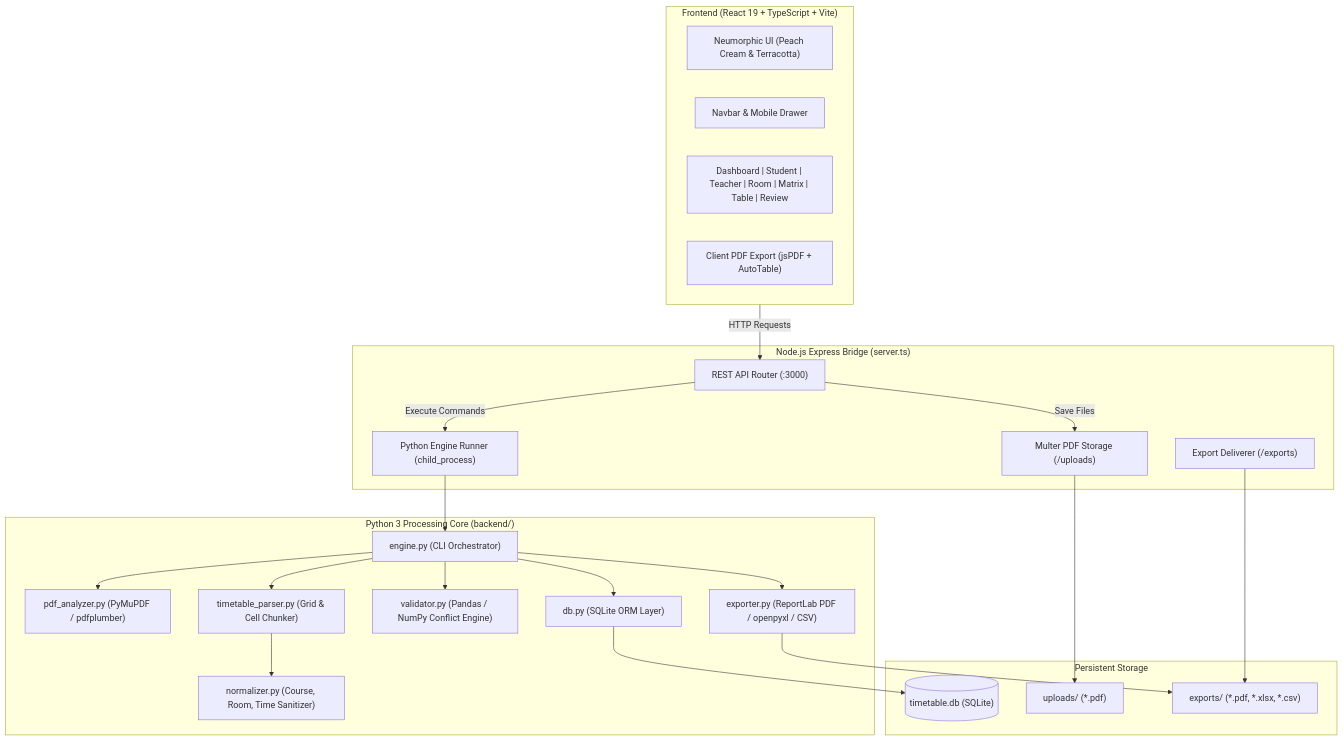
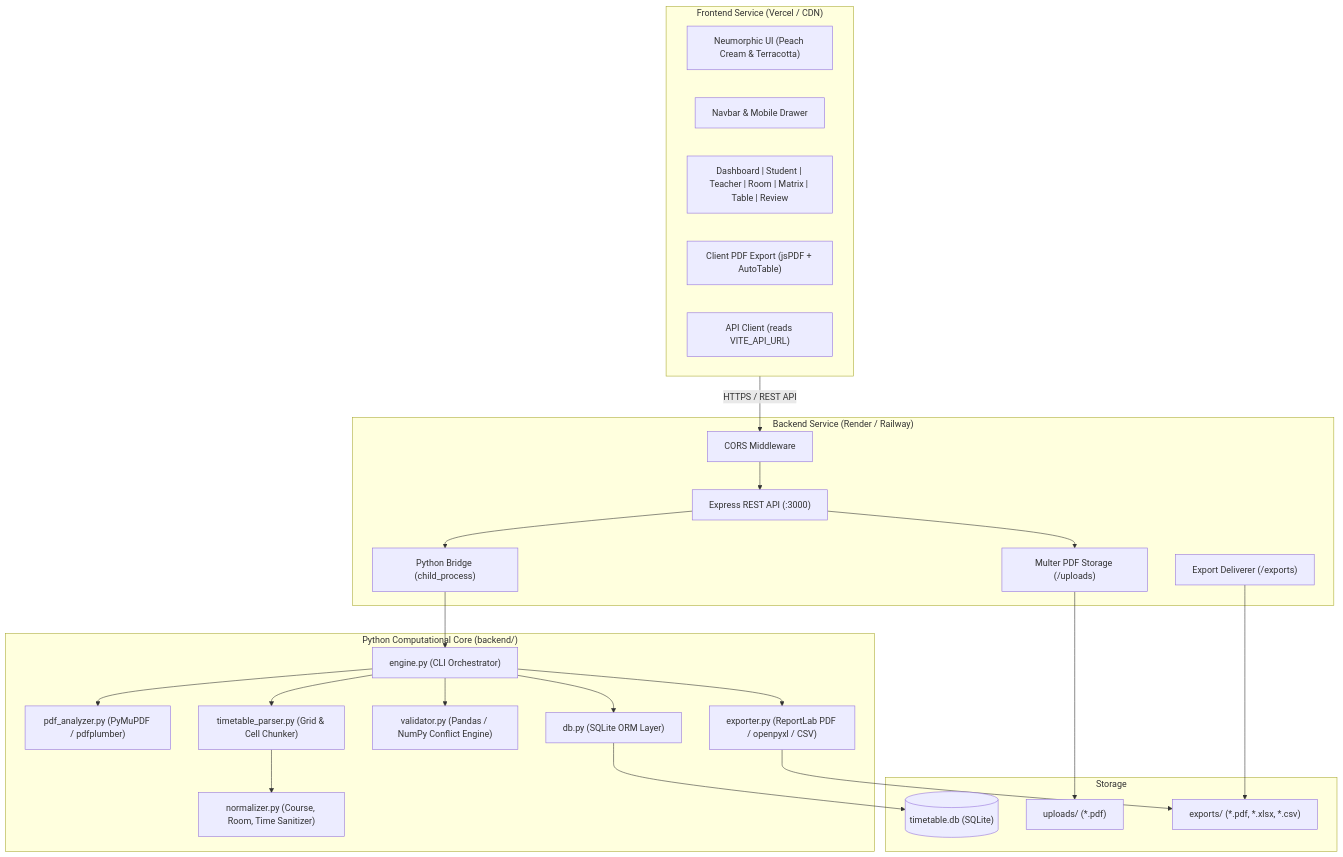
The diagram in README.md (aliikram12/TimeTableAnalyzer), drawn with Mermaid before and after one commit. The commit also changed other lines of this file and 102 other files, not shown here.

Commit message:
Frontend and Backend  Setup

````diff
--- a/README.md
+++ b/README.md
@@ -121,42 +129,44 @@
 ```mermaid
 graph TD
-    subgraph Client ["Frontend (React 19 + TypeScript + Vite)"]
+    subgraph FrontendApp ["Frontend Service (Vercel / CDN)"]
         UI["Neumorphic UI (Peach Cream & Terracotta)"]
         Nav["Navbar & Mobile Drawer"]
         Views["Dashboard | Student | Teacher | Room | Matrix | Table | Review"]
         ClientExport["Client PDF Export (jsPDF + AutoTable)"]
+        Config["API Client (reads VITE_API_URL)"]
     end
 
-    subgraph Server ["Node.js Express Bridge (server.ts)"]
-        API["REST API Router (:3000)"]
+    subgraph BackendApp ["Backend Service (Render / Railway)"]
+        API["Express REST API (:3000)"]
+        CORS["CORS Middleware"]
         UploadHandler["Multer PDF Storage (/uploads)"]
         ExportHandler["Export Deliverer (/exports)"]
-        ChildProcess["Python Engine Runner (child_process)"]
+        ChildProcess["Python Bridge (child_process)"]
     end
 
-    subgraph Engine ["Python 3 Processing Core (backend/)"]
+    subgraph PythonEngine ["Python Computational Core (backend/)"]
         Orchestrator["engine.py (CLI Orchestrator)"]
         Analyzer["pdf_analyzer.py (PyMuPDF / pdfplumber)"]
         Parser["timetable_parser.py (Grid & Cell Chunker)"]
         Normalizer["normalizer.py (Course, Room, Time Sanitizer)"]
         Validator["validator.py (Pandas / NumPy Conflict Engine)"]
         Exporter["exporter.py (ReportLab PDF / openpyxl / CSV)"]
         DBLayer["db.py (SQLite ORM Layer)"]
     end
 
-    subgraph Storage ["Persistent Storage"]
+    subgraph PersistentStorage ["Storage"]
         SQLiteDB[("timetable.db (SQLite)")]
         PDFStorage["uploads/ (*.pdf)"]
         ExportStorage["exports/ (*.pdf, *.xlsx, *.csv)"]
     end
 
-    Client -->|HTTP Requests| API
-    API -->|Save Files| UploadHandler --> PDFStorage
-    API -->|Execute Commands| ChildProcess --> Orchestrator
+    FrontendApp -->|HTTPS / REST API| CORS --> API
+    API --> UploadHandler --> PDFStorage
+    API --> ChildProcess --> Orchestrator
     Orchestrator --> Analyzer
     Orchestrator --> Parser --> Normalizer
     Orchestrator --> Validator
     Orchestrator --> DBLayer --> SQLiteDB
     Orchestrator --> Exporter --> ExportStorage
     ExportHandler --> ExportStorage
 ```
````
